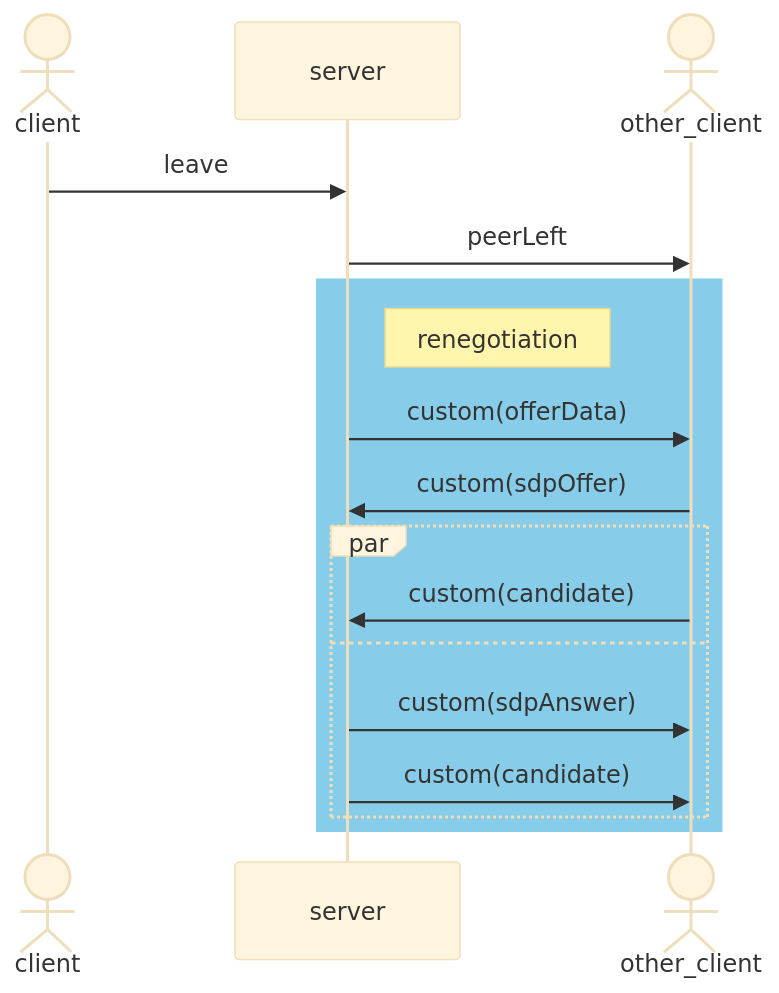
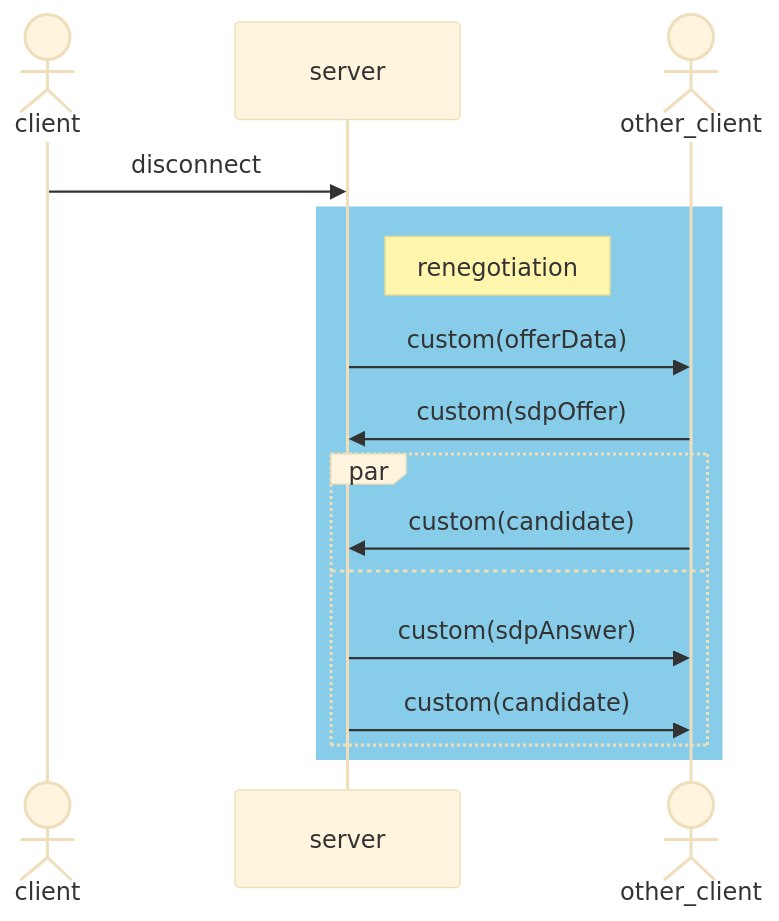
The third of 3 diagrams in internal_docs/protocol.md (fishjam-dev/membrane_rtc_engine), drawn with Mermaid (base theme) before and after one commit. The commit also changed other lines of this file and 26 other files, not shown here.

````diff
--- a/internal_docs/protocol.md
+++ b/internal_docs/protocol.md
@@ -48,19 +48,18 @@
 ```mermaid
 sequenceDiagram
     actor client
     participant server
     actor other_client
-    client->>server: leave
-    server->>other_client: peerLeft
+    client->>server: disconnect
     rect rgb(135, 204, 232)
         note right of server: renegotiation
         server->>other_client: custom(offerData)
         other_client->>server: custom(sdpOffer)
         par
             other_client->>server: custom(candidate)
         and
             server->>other_client: custom(sdpAnswer)
             server->>other_client: custom(candidate)
         end
     end
 ```
````
